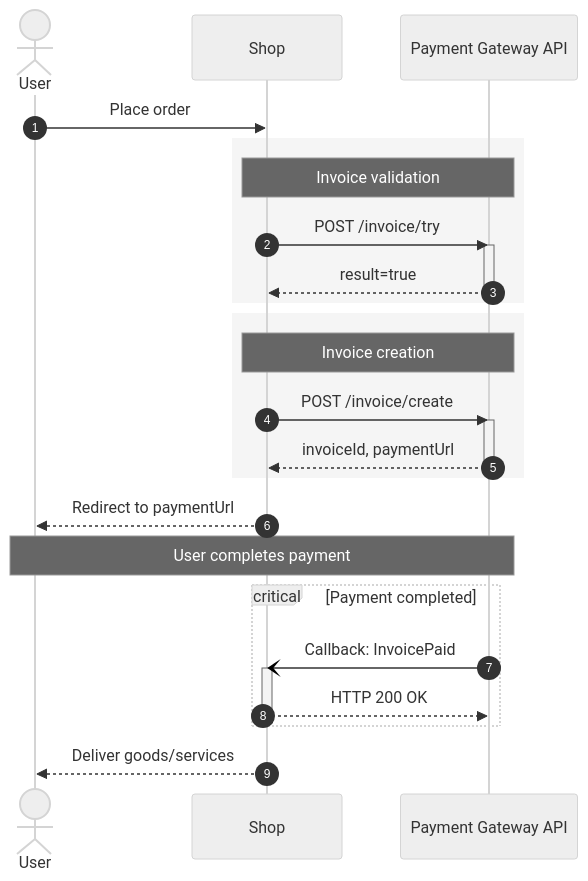
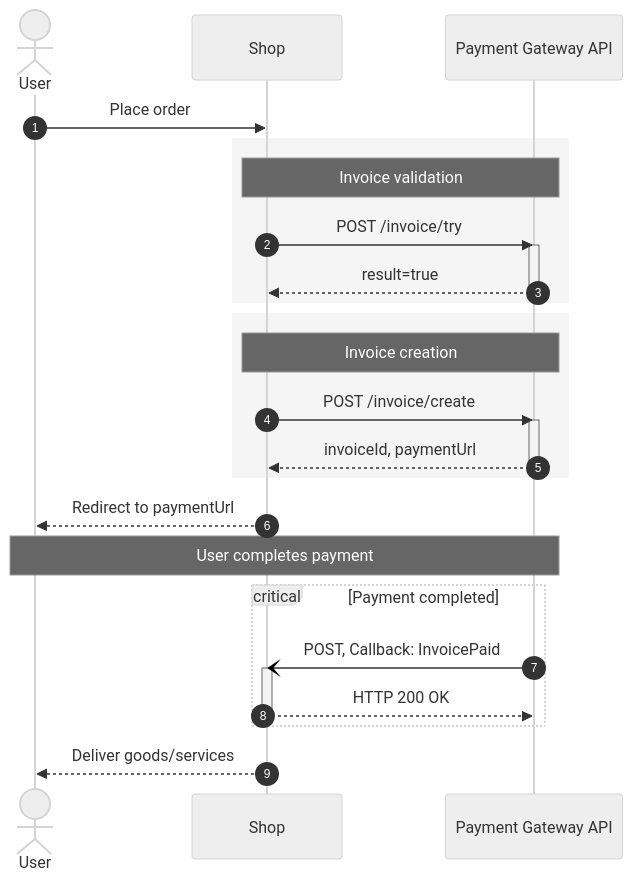
One commit to Avanor-tech/docs changed the first of 2 diagrams in invoice-create.mdx. Above: the diagram before and after it, drawn with Mermaid (neutral theme). The commit also changed other lines of this file and 1 other file, not shown here.

````diff
--- a/invoice-create.mdx
+++ b/invoice-create.mdx
@@ -13,49 +13,49 @@
 ```mermaid
 sequenceDiagram
     autonumber
 
     actor U as User
     participant S as Shop
     participant PG as Payment Gateway API
 
     U->>S: Place order
 
     rect rgb(245,245,245)
         Note over S,PG: Invoice validation
 
         S->>PG: POST /invoice/try
         activate PG
 
         PG-->>S: result=true
 
         deactivate PG
     end
 
     rect rgb(245,245,245)
         Note over S,PG: Invoice creation
 
         S->>PG: POST /invoice/create
         activate PG
 
         PG-->>S: invoiceId, paymentUrl
 
         deactivate PG
     end
 
     S-->>U: Redirect to paymentUrl
 
     Note over U,PG: User completes payment
 
     critical Payment completed
 
-        PG-)S: Callback: InvoicePaid
+        PG-)S: POST, Callback: InvoicePaid
         activate S
 
         S-->>PG: HTTP 200 OK
 
         deactivate S
 
     end
 
     S-->>U: Deliver goods/services
 ```
````
